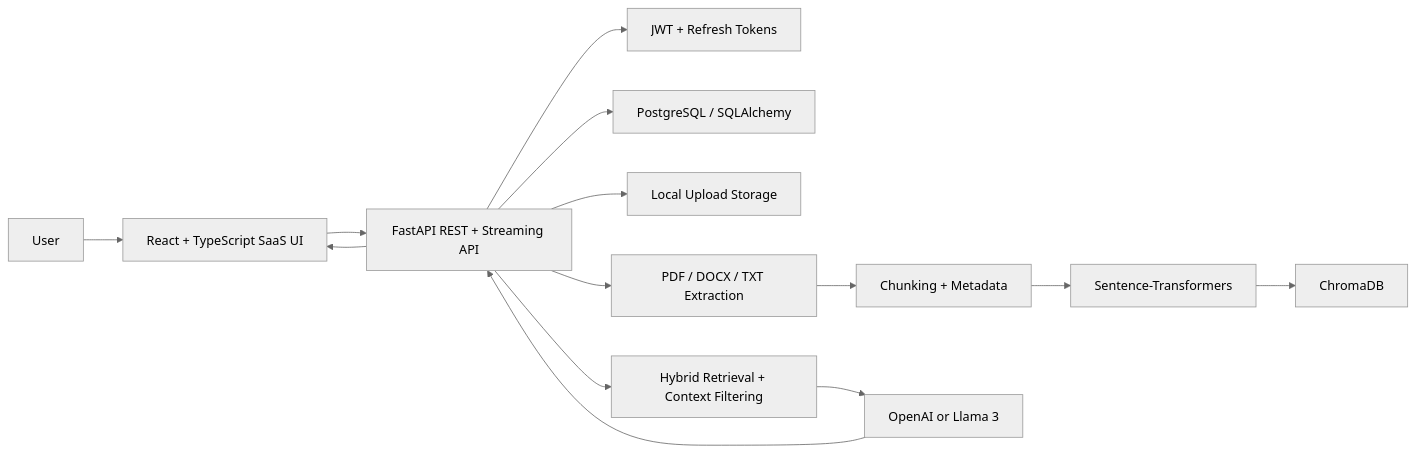
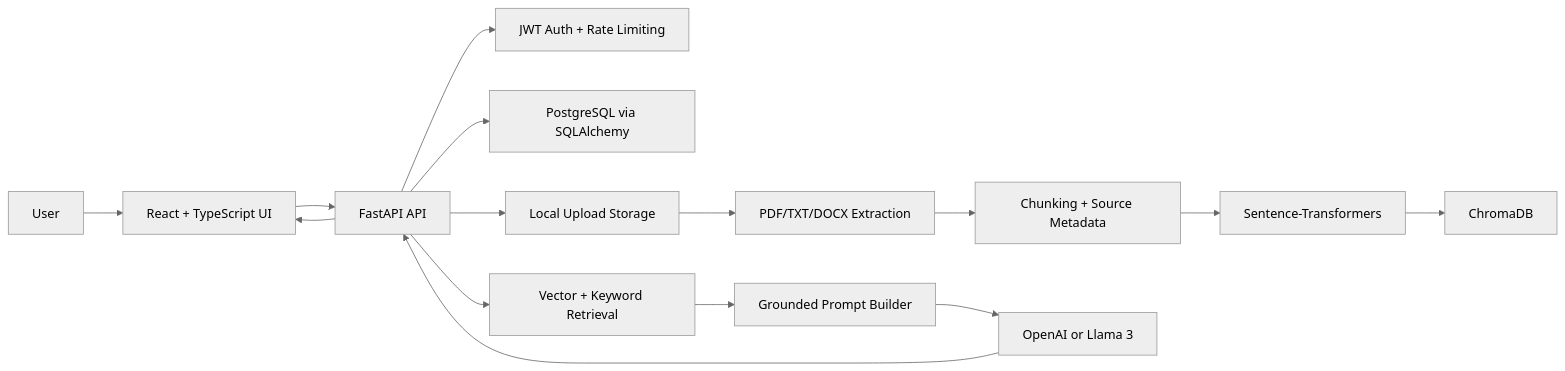
Before and after one commit to NavyaThellapati/documind-ai-document-qa-assistant: the first of 3 diagrams in README.md, drawn with Mermaid (neutral theme). The commit also changed other lines of this file and 92 other files, not shown here.

````diff
--- a/README.md
+++ b/README.md
@@ -7,16 +61,17 @@
 ```mermaid
 flowchart LR
-  U["User"] --> FE["React + TypeScript SaaS UI"]
-  FE --> API["FastAPI REST + Streaming API"]
-  API --> AUTH["JWT + Refresh Tokens"]
-  API --> PG["PostgreSQL / SQLAlchemy"]
-  API --> FS["Local Upload Storage"]
-  API --> PARSE["PDF / DOCX / TXT Extraction"]
-  PARSE --> CHUNK["Chunking + Metadata"]
-  CHUNK --> EMB["Sentence-Transformers"]
-  EMB --> CHROMA["ChromaDB"]
-  API --> RAG["Hybrid Retrieval + Context Filtering"]
-  RAG --> LLM["OpenAI or Llama 3"]
+  User["User"] --> UI["React + TypeScript UI"]
+  UI --> API["FastAPI API"]
+  API --> Auth["JWT Auth + Rate Limiting"]
+  API --> DB["PostgreSQL via SQLAlchemy"]
+  API --> Storage["Local Upload Storage"]
+  Storage --> Extract["PDF/TXT/DOCX Extraction"]
+  Extract --> Chunk["Chunking + Source Metadata"]
+  Chunk --> Embed["Sentence-Transformers"]
+  Embed --> Chroma["ChromaDB"]
+  API --> Retrieve["Vector + Keyword Retrieval"]
+  Retrieve --> Prompt["Grounded Prompt Builder"]
+  Prompt --> LLM["OpenAI or Llama 3"]
   LLM --> API
-  API --> FE
+  API --> UI
 ```
````
